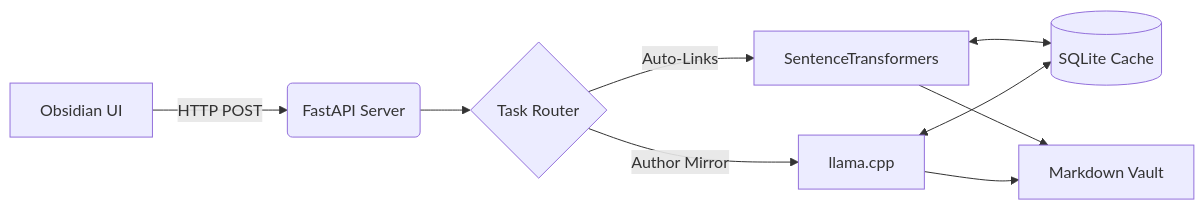
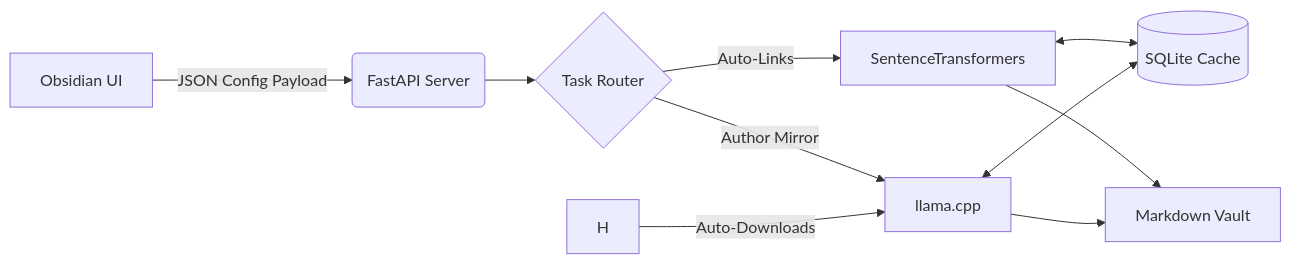
The diagram in README.md (maeldepreville/pkmai), drawn with Mermaid before and after one commit. The commit also changed other lines of this file, not shown here.

Commit message:
docs(README): Update for Obsidian settings panel + Automated model management

````diff
--- a/README.md
+++ b/README.md
@@ -16,11 +18,12 @@
 ```mermaid
 graph LR
-    A[Obsidian UI] -->|HTTP POST| B(FastAPI Server)
+    A[Obsidian UI] -->|JSON Config Payload| B(FastAPI Server)
     B --> C{Task Router}
     C -->|Auto-Links| D[SentenceTransformers]
     C -->|Author Mirror| E[llama.cpp]
     D <--> F[(SQLite Cache)]
     E <--> F
+    H -->|Auto-Downloads| E
     D --> G[Markdown Vault]
     E --> G
 ```
````
